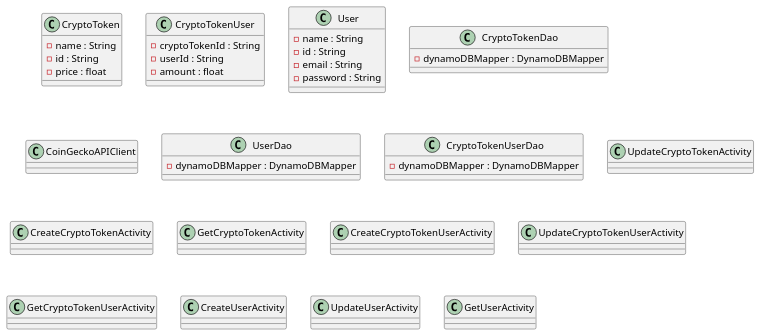
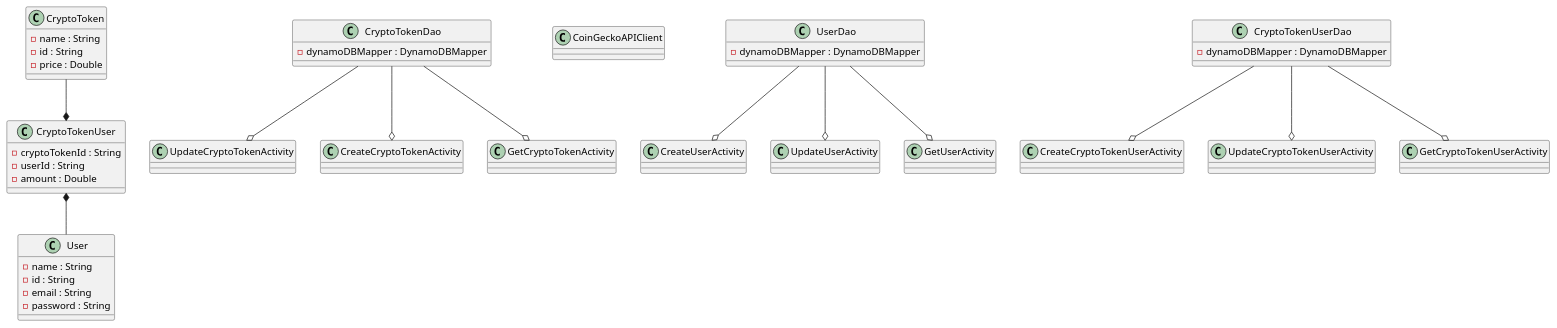
One commit to BloomTechBackend/bd-team-project-team-bitcoooonnect changed the diagram in project_documents/diagrams/BitcooooonectCD.puml. Above: the diagram before and after it, drawn with PlantUML. The commit also changed 1 other file, not shown here.

Commit message:
class diagram work

```diff
--- a/project_documents/diagrams/BitcooooonectCD.puml
+++ b/project_documents/diagrams/BitcooooonectCD.puml
@@ -1,76 +1,93 @@
 @startuml
 class CryptoToken {
 - name : String
 - id : String
-- price : float
+- price : Double
 }
 
 class CryptoTokenUser {
 - cryptoTokenId : String
 - userId : String
-- amount : float
+- amount : Double
 }
 
 class User {
 - name : String
 - id : String
 - email : String
 - password : String
 }
 
 class CryptoTokenDao {
 - dynamoDBMapper : DynamoDBMapper
 }
 
 class CoinGeckoAPIClient {
 
 }
 
 class UserDao {
 - dynamoDBMapper : DynamoDBMapper
 }
 
 class CryptoTokenUserDao {
 - dynamoDBMapper : DynamoDBMapper
 }
 
 class UpdateCryptoTokenActivity {
 
 }
 
 class CreateCryptoTokenActivity {
 
 }
 
 class GetCryptoTokenActivity {
 
 }
 
 class CreateCryptoTokenUserActivity {
 
 }
 
 class UpdateCryptoTokenUserActivity {
 
 }
 
 class GetCryptoTokenUserActivity {
 
 }
 
 class CreateUserActivity {
 
 }
 
 class UpdateUserActivity {
 
 }
 
 class GetUserActivity {
 
 }
 
 
 
+CryptoToken --* CryptoTokenUser
+CryptoTokenUser *-- User
+
+CryptoTokenDao --o UpdateCryptoTokenActivity
+CryptoTokenDao --o GetCryptoTokenActivity
+CryptoTokenDao --o CreateCryptoTokenActivity
+
+CryptoTokenUserDao --o UpdateCryptoTokenUserActivity
+CryptoTokenUserDao --o GetCryptoTokenUserActivity
+CryptoTokenUserDao --o CreateCryptoTokenUserActivity
+
+UserDao --o UpdateUserActivity
+UserDao --o CreateUserActivity
+UserDao --o GetUserActivity
+
+
+
 
 @enduml
```
